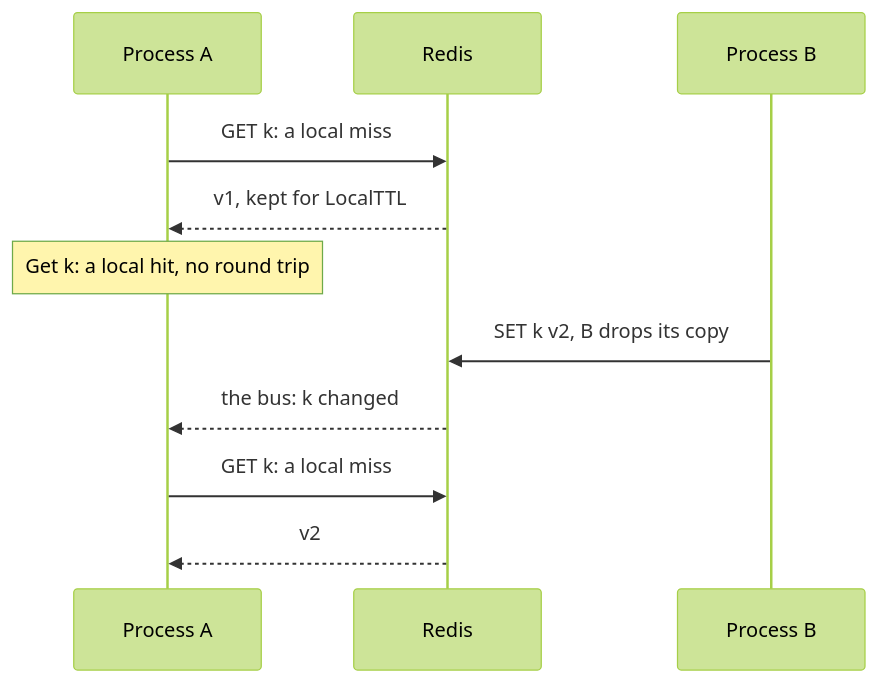
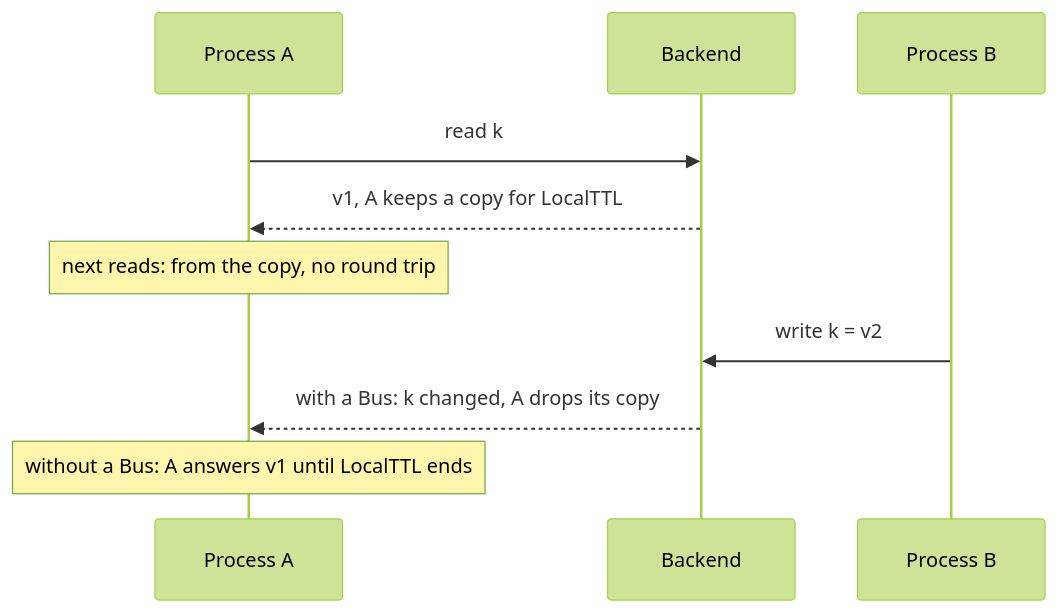
One commit to eugeneliukindev/gashe changed the first of 3 diagrams in docs/en/concepts/backends.md. Above: the diagram before and after it, drawn with Mermaid (forest theme). The commit also changed other lines of this file and 195 other files, not shown here.

````diff
--- a/docs/en/concepts/backends.md
+++ b/docs/en/concepts/backends.md
@@ -89,13 +104,12 @@
 ```mermaid
 sequenceDiagram
     participant A as Process A
-    participant R as Redis
+    participant K as Backend
     participant B as Process B
-    A->>R: GET k: a local miss
-    R-->>A: v1, kept for LocalTTL
-    Note over A: Get k: a local hit, no round trip
-    B->>R: SET k v2, B drops its copy
-    R-->>A: the bus: k changed
-    A->>R: GET k: a local miss
-    R-->>A: v2
+    A->>K: read k
+    K-->>A: v1, A keeps a copy for LocalTTL
+    Note over A: next reads: from the copy, no round trip
+    B->>K: write k = v2
+    K-->>A: with a Bus: k changed, A drops its copy
+    Note over A: without a Bus: A answers v1 until LocalTTL ends
 ```
````
